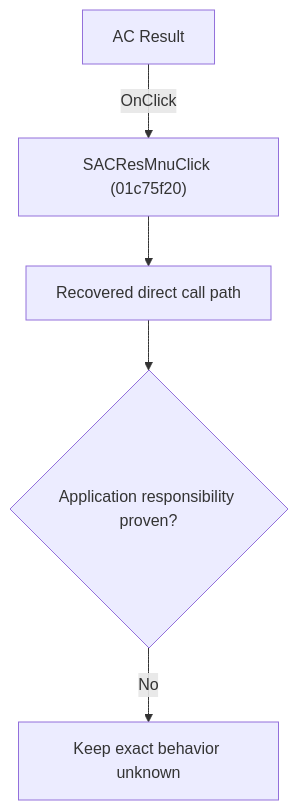
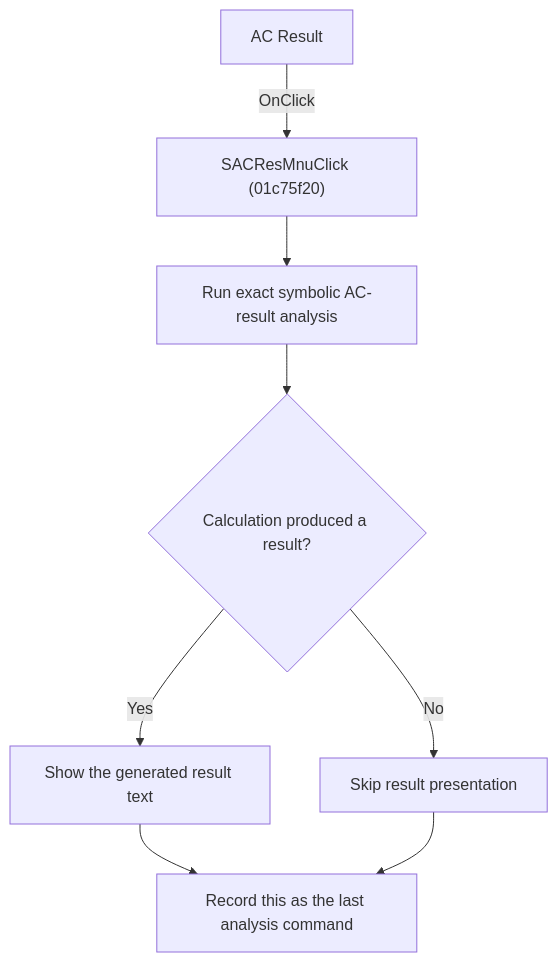
One commit to MovGP0/TIARA changed the diagram in docs/ui-controls/schematiceditor/sacresmnu-5c4440fa9b.md. Above: the diagram before and after it, drawn with Mermaid. The commit also changed other lines of this file and 241 other files, not shown here.

````diff
--- a/docs/ui-controls/schematiceditor/sacresmnu-5c4440fa9b.md
+++ b/docs/ui-controls/schematiceditor/sacresmnu-5c4440fa9b.md
@@ -27,7 +25,10 @@
 ```mermaid
 flowchart TD
     control["AC Result"] -->|"OnClick"| handler["SACResMnuClick (01c75f20)"]
-    handler --> recovered["Recovered direct call path"]
-    recovered --> gap{"Application responsibility proven?"}
-    gap -->|"No"| blocked["Keep exact behavior unknown"]
+    handler --> calculate["Run exact symbolic AC-result analysis"]
+    calculate --> result{"Calculation produced a result?"}
+    result -->|"Yes"| show["Show the generated result text"]
+    result -->|"No"| skip["Skip result presentation"]
+    show --> remember["Record this as the last analysis command"]
+    skip --> remember
 ```
````
